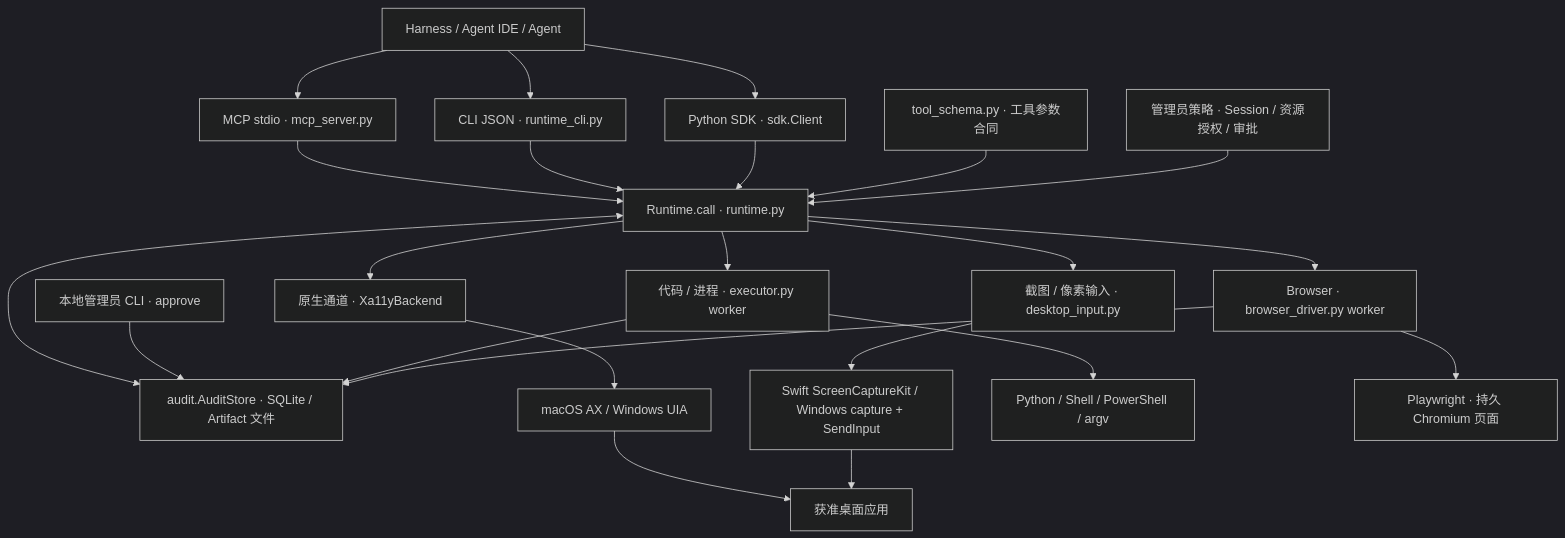
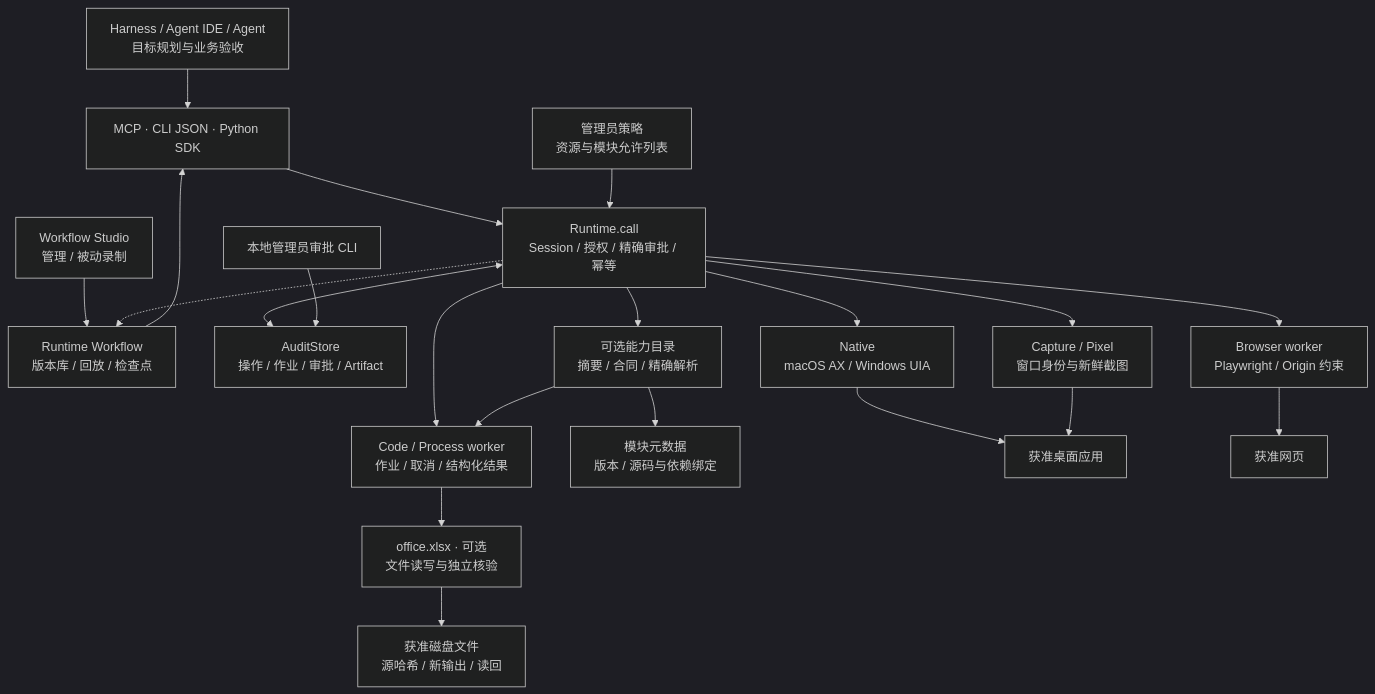
One commit to YeohsCode/Bokkio changed the first of 2 diagrams in wiki/summaries/architecture-map.md. Above: the diagram before and after it, drawn with Mermaid (dark theme). The commit also changed other lines of this file and 84 other files, not shown here.

````diff
--- a/wiki/summaries/architecture-map.md
+++ b/wiki/summaries/architecture-map.md
@@ -17,26 +17,23 @@
 ```mermaid
 flowchart TB
-    Caller["Harness / Agent IDE / Agent"]
-    Caller --> MCP["MCP stdio · mcp_server.py"]
-    Caller --> CLI["CLI JSON · runtime_cli.py"]
-    Caller --> SDK["Python SDK · sdk.Client"]
-    MCP --> Core["Runtime.call · runtime.py"]
-    CLI --> Core
-    SDK --> Core
-    Schema["tool_schema.py · 工具参数合同"] --> Core
-    Policy["管理员策略 · Session / 资源授权 / 审批"] --> Core
-    Core <--> Store["audit.AuditStore · SQLite / Artifact 文件"]
-    Admin["本地管理员 CLI · approve"] --> Store
-    Core --> Native["原生通道 · Xa11yBackend"]
-    Core --> Pixel["截图 / 像素输入 · desktop_input.py"]
-    Core --> Jobs["代码 / 进程 · executor.py worker"]
-    Core --> Browser["Browser · browser_driver.py worker"]
-    Native --> AX["macOS AX / Windows UIA"]
-    Pixel --> Capture["Swift ScreenCaptureKit / Windows capture + SendInput"]
-    Jobs --> Script["Python / Shell / PowerShell / argv"]
-    Browser --> Chromium["Playwright · 持久 Chromium 页面"]
-    Jobs --> Store
-    Browser --> Store
-    AX --> Desktop["获准桌面应用"]
-    Capture --> Desktop
+    Caller["Harness / Agent IDE / Agent<br/>目标规划与业务验收"] --> API["MCP · CLI JSON · Python SDK"]
+    Studio["Workflow Studio<br/>管理 / 被动录制"] --> WF["Runtime Workflow<br/>版本库 / 回放 / 检查点"]
+    WF --> API
+    API --> Core["Runtime.call<br/>Session / 授权 / 精确审批 / 幂等"]
+    Policy["管理员策略<br/>资源与模块允许列表"] --> Core
+    Core <--> Audit["AuditStore<br/>操作 / 作业 / 审批 / Artifact"]
+    Admin["本地管理员审批 CLI"] --> Audit
+    Core -.-> WF
+    Core --> Native["Native<br/>macOS AX / Windows UIA"]
+    Core --> Pixel["Capture / Pixel<br/>窗口身份与新鲜截图"]
+    Core --> Browser["Browser worker<br/>Playwright / Origin 约束"]
+    Core --> Jobs["Code / Process worker<br/>作业 / 取消 / 结构化结果"]
+    Core --> Registry["可选能力目录<br/>摘要 / 合同 / 精确解析"]
+    Registry --> Meta["模块元数据<br/>版本 / 源码与依赖绑定"]
+    Registry --> Jobs
+    Jobs --> XLSX["office.xlsx · 可选<br/>文件读写与独立核验"]
+    Native --> Apps["获准桌面应用"]
+    Pixel --> Apps
+    Browser --> Web["获准网页"]
+    XLSX --> Files["获准磁盘文件<br/>源哈希 / 新输出 / 读回"]
 ```
````
